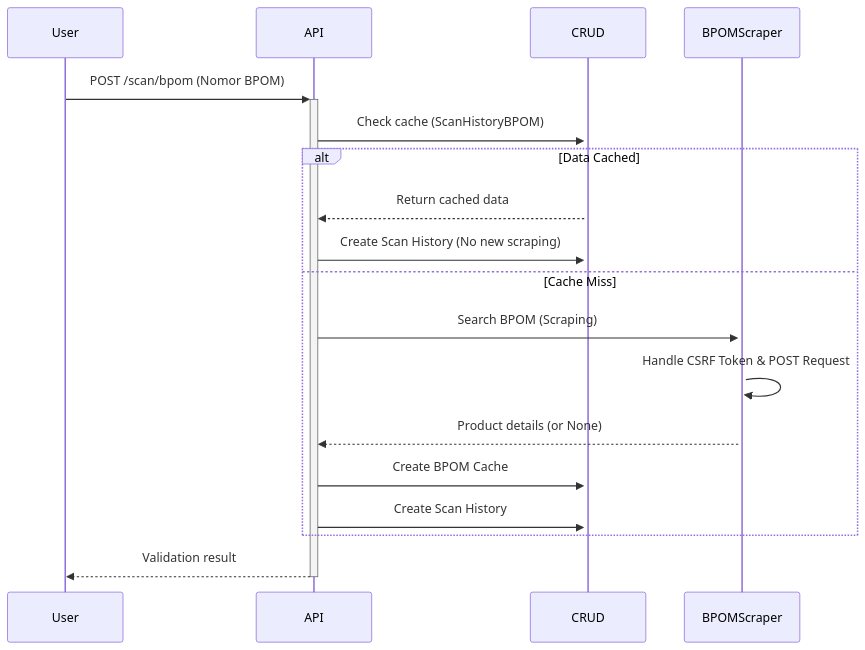
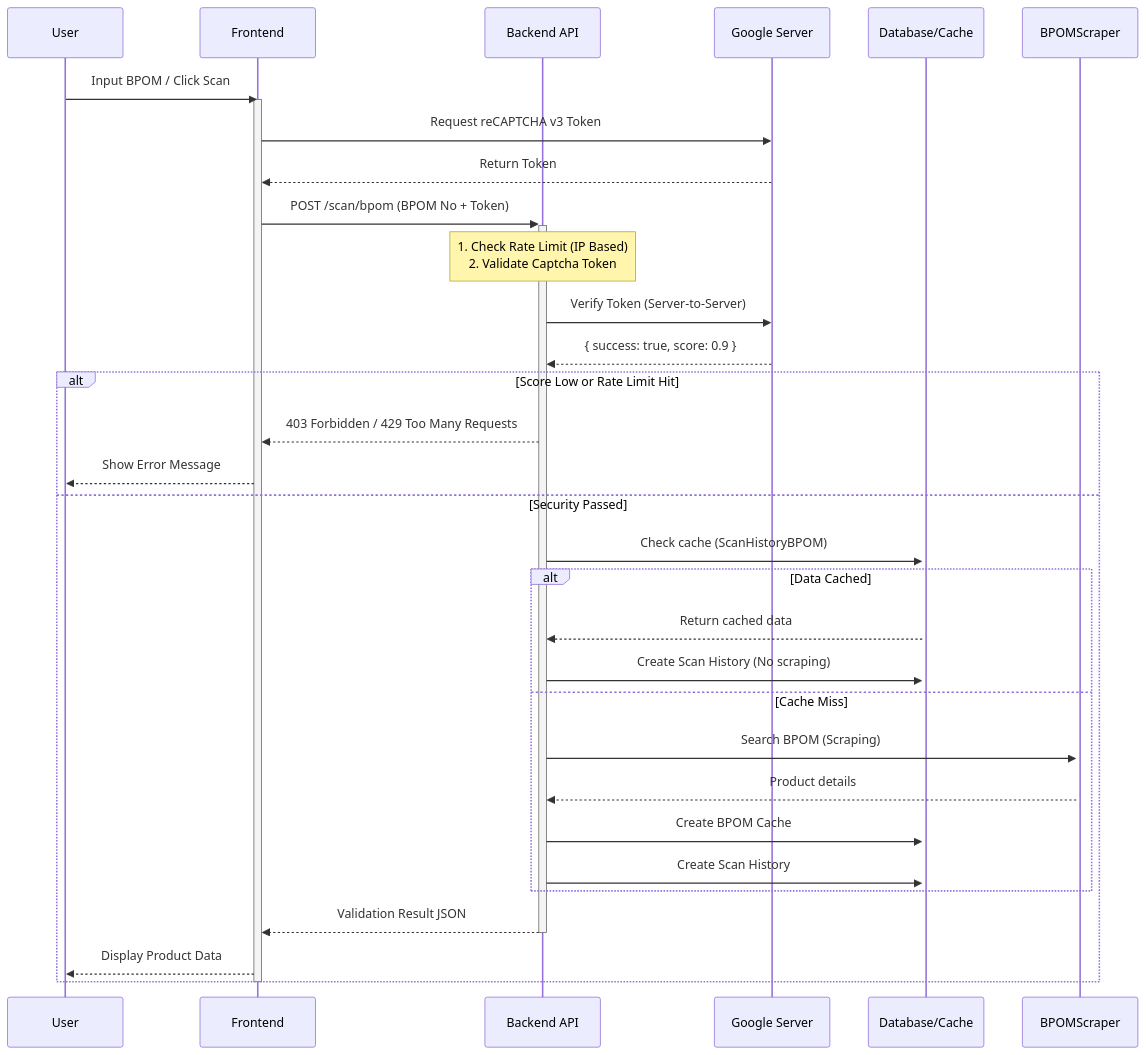
Before and after one commit to rbwtech/lacak-nutri: the second of 2 diagrams in README.md, drawn with Mermaid. The commit also changed other lines of this file and 1 other file, not shown here.

````diff
--- a/README.md
+++ b/README.md
@@ -146,16 +161,42 @@
 ```mermaid
 sequenceDiagram
-    User->>+API: POST /scan/bpom (Nomor BPOM)
-    API->>+CRUD: Check cache (ScanHistoryBPOM)
-    alt Data Cached
-        CRUD-->>API: Return cached data
-        API->>CRUD: Create Scan History (No new scraping)
-    else Cache Miss
-        API->>+BPOMScraper: Search BPOM (Scraping)
-        BPOMScraper->>BPOMScraper: Handle CSRF Token & POST Request
-        BPOMScraper-->>API: Product details (or None)
-        API->>CRUD: Create BPOM Cache
-        API->>CRUD: Create Scan History
+    participant User
+    participant Frontend
+    participant API as Backend API
+    participant Google as Google Server
+    participant CRUD as Database/Cache
+    participant BPOMScraper
+
+    User->>Frontend: Input BPOM / Click Scan
+    activate Frontend
+    Frontend->>Google: Request reCAPTCHA v3 Token
+    Google-->>Frontend: Return Token
+
+    Frontend->>+API: POST /scan/bpom (BPOM No + Token)
+
+    Note over API: 1. Check Rate Limit (IP Based)<br/>2. Validate Captcha Token
+
+    API->>Google: Verify Token (Server-to-Server)
+    Google-->>API: { success: true, score: 0.9 }
+
+    alt Score Low or Rate Limit Hit
+        API-->>Frontend: 403 Forbidden / 429 Too Many Requests
+        Frontend-->>User: Show Error Message
+    else Security Passed
+        API->>+CRUD: Check cache (ScanHistoryBPOM)
+
+        alt Data Cached
+            CRUD-->>API: Return cached data
+            API->>CRUD: Create Scan History (No scraping)
+        else Cache Miss
+            API->>+BPOMScraper: Search BPOM (Scraping)
+            BPOMScraper-->>API: Product details
+            API->>CRUD: Create BPOM Cache
+            API->>CRUD: Create Scan History
+        end
+
+        API-->>-Frontend: Validation Result JSON
+        Frontend-->>User: Display Product Data
     end
-    API-->>-User: Validation result
+    deactivate Frontend
 ```
````
